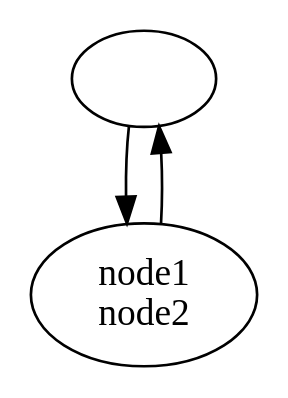
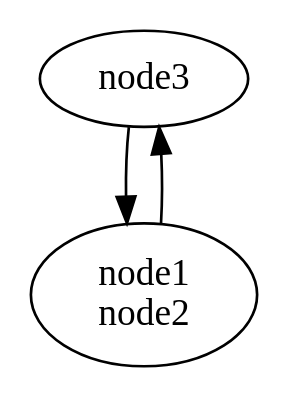
One commit to GSI-CS-CO/bel_projects changed the diagram in modules/ftm/doc/ReplaceChainByVertex/cycle3-compact.dot. Above: the diagram before and after it, drawn with Graphviz. The commit also changed 4 other files, not shown here.

```diff
--- a/modules/ftm/doc/ReplaceChainByVertex/cycle3-compact.dot
+++ b/modules/ftm/doc/ReplaceChainByVertex/cycle3-compact.dot
@@ -1,13 +1,13 @@
 digraph G {
 graph [
 _draw_=""
 bb=""
 name="cycle3-compact"
 xdotversion=""
 ]
-0 [_draw_="", _hdraw_="", _ldraw_="", beamin="", beamproc="", bpcstart="", bpentry="", bpexit="", bpid="", clear="", dst="", evtno="", fid="", gid="", height="", id="", label="", ovr="", par="", patentry="", patexit="", pattern="", pos="", prio="", qhi="", qil="", qlo="", reps="", reqnobeam="", res="", sid="", tabs="", target="", tef="", toffs="", tperiod="", tvalid="", twait="", type="", vacc="", wabs="", width=""];
-1 [_draw_="", _hdraw_="", _ldraw_="", beamin="", beamproc="", bpcstart="", bpentry="", bpexit="", bpid="", clear="", dst="", evtno="", fid="", gid="", height="", id="", label="node1
-node2", ovr="", par="", patentry="", patexit="", pattern="", pos="", prio="", qhi="", qil="", qlo="", reps="", reqnobeam="", res="", sid="", tabs="", target="", tef="", toffs="", tperiod="", tvalid="", twait="", type="", vacc="", wabs="", width=""];
-0->1  [_draw_="", _hdraw_="", pos="", type=""];
-1->0  [_draw_="", _hdraw_="", pos="", type=""];
+0 [_draw_="", _hdraw_="", _ldraw_="", beamin="", beamproc="", bpcstart="", bpentry="", bpexit="", bpid="", clear="", color="", dst="", evtno="", fid="", fillcolor="", gid="", height="", id="", label=node3, ovr="", par="", patentry="", patexit="", pattern="", penwidth="", pos="", prio="", qhi="", qil="", qlo="", reps="", reqnobeam="", res="", shape="", sid="", style="", tabs="", target="", tef="", toffs="", tperiod="", tvalid="", twait="", type="", vacc="", wabs="", width=""];
+1 [_draw_="", _hdraw_="", _ldraw_="", beamin="", beamproc="", bpcstart="", bpentry="", bpexit="", bpid="", clear="", color="", dst="", evtno="", fid="", fillcolor="", gid="", height="", id="", label="node1
+node2", ovr="", par="", patentry="", patexit="", pattern="", penwidth="", pos="", prio="", qhi="", qil="", qlo="", reps="", reqnobeam="", res="", shape="", sid="", style="", tabs="", target="", tef="", toffs="", tperiod="", tvalid="", twait="", type="", vacc="", wabs="", width=""];
+0->1  [_draw_="", _hdraw_="", color="", pos="", type=""];
+1->0  [_draw_="", _hdraw_="", color="", pos="", type=""];
 }
```
